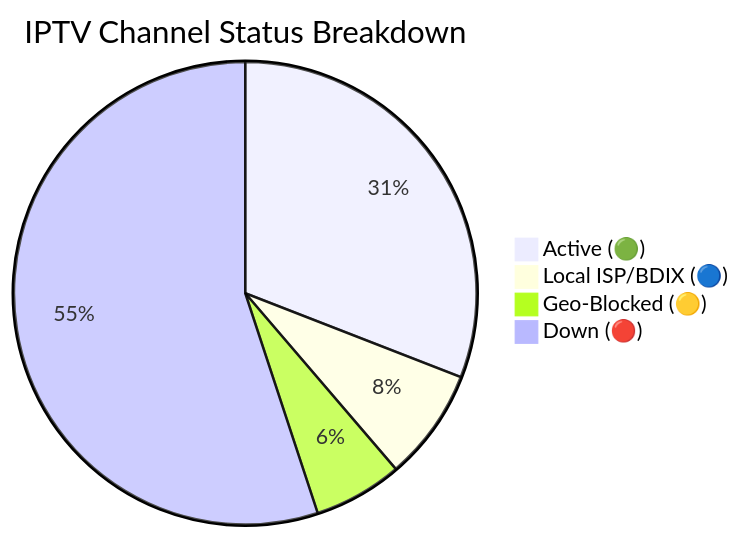
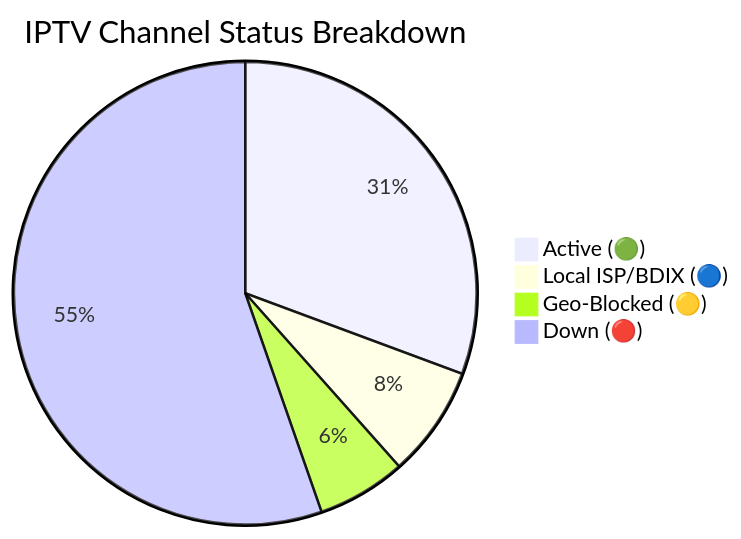
One commit to Zaman-Topu/Ip-tv-Collection changed the diagram in README.md. Above: the diagram before and after it, drawn with Mermaid. The commit also changed other lines of this file and 6 other files, not shown here.

````diff
--- a/README.md
+++ b/README.md
@@ -95,7 +95,7 @@
 ```mermaid
 pie title IPTV Channel Status Breakdown
-    "Active (🟢)" : 10494
-    "Local ISP/BDIX (🔵)" : 2656
-    "Geo-Blocked (🟡)" : 2108
-    "Down (🔴)" : 18699
+    "Active (🟢)" : 10430
+    "Local ISP/BDIX (🔵)" : 2646
+    "Geo-Blocked (🟡)" : 2116
+    "Down (🔴)" : 18829
 ```
````
